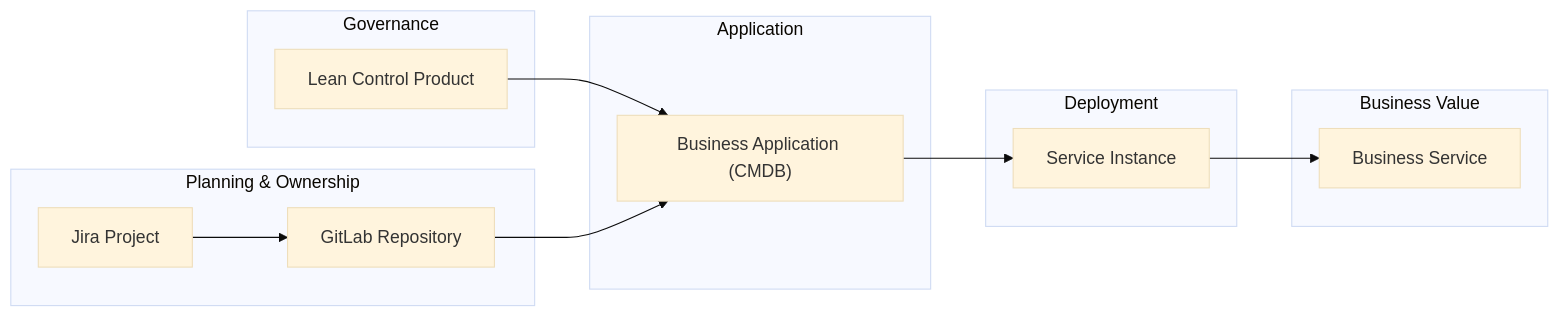
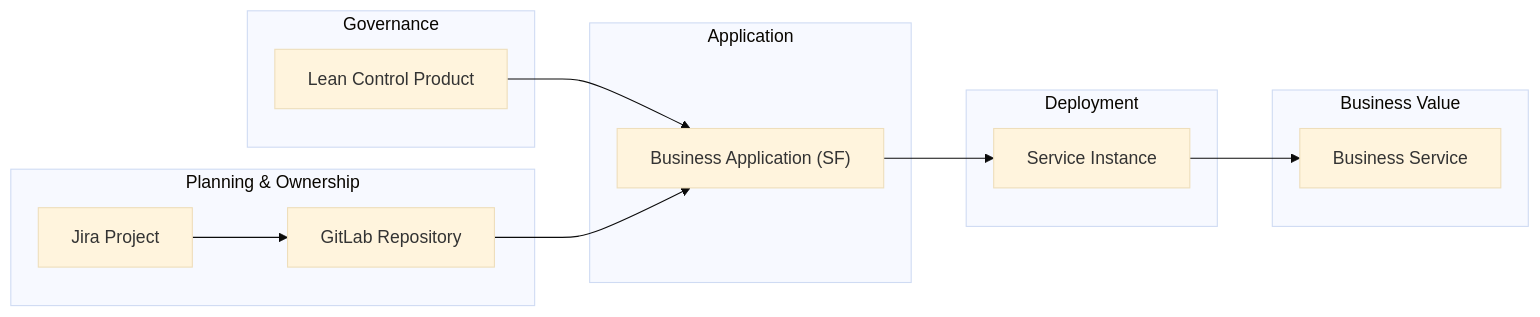
The diagram in model_flow.mmd (kingfadzi/lct_data), drawn with Mermaid (base theme) before and after one commit.

Commit message:
init commit

```diff
--- a/model_flow.mmd
+++ b/model_flow.mmd
@@ -1,27 +1,27 @@
 flowchart LR
     subgraph Governance["Governance"]
         LCP["Lean Control Product"]
     end
 
     subgraph Planning["Planning & Ownership"]
         Jira["Jira Project"]
         Git["GitLab Repository"]
     end
 
     subgraph Development["Application"]
-        BA["Business Application (CMDB)"]
+        BA["Business Application (SF)"]
     end
 
     subgraph Deployment["Deployment"]
         SI["Service Instance"]
     end
 
     subgraph Value["Business Value"]
         BS["Business Service"]
     end
 
     LCP --> BA
     Git --> BA
     Jira --> Git
     BA --> SI
     SI --> BS
```
